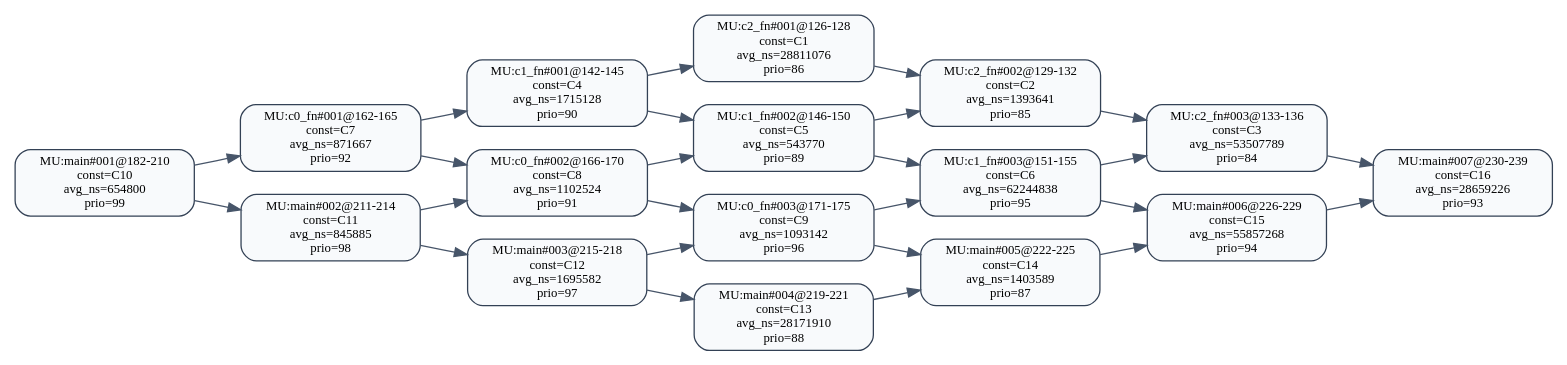
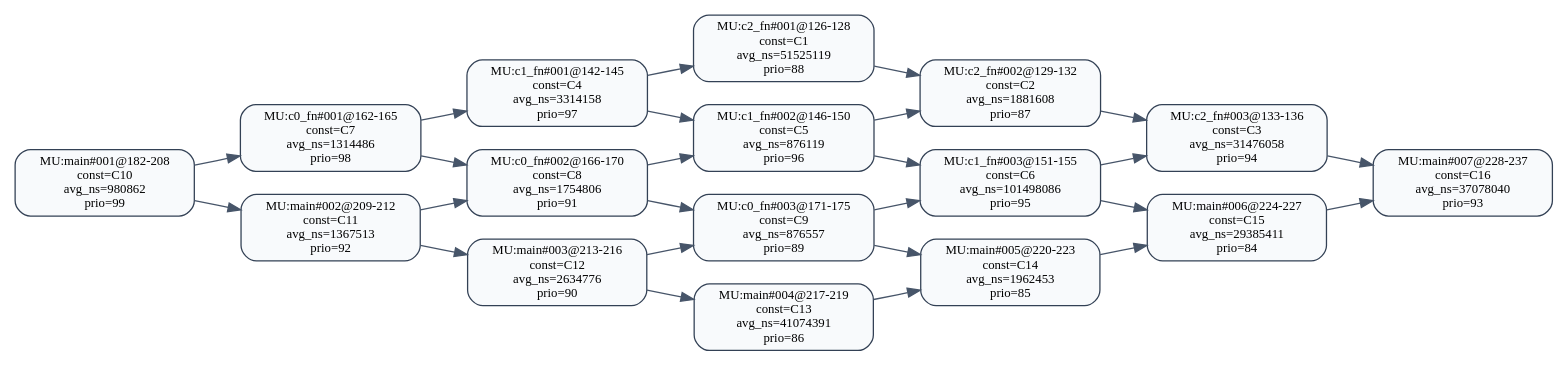
The diagram in 中间结果/zhang1/pipeline/validation/level2/effective_line_merge/zhao2020/dag_seg_annotated.dot (RTS-SYSU/DAG-Gen), drawn with Graphviz before and after one commit. The commit also changed 4464 other files, not shown here.

```diff
--- a/中间结果/zhang1/pipeline/validation/level2/effective_line_merge/zhao2020/dag_seg_annotated.dot
+++ b/中间结果/zhang1/pipeline/validation/level2/effective_line_merge/zhao2020/dag_seg_annotated.dot
@@ -1,45 +1,45 @@
 digraph dag_seg_annotated {
   rankdir=LR;
   node [shape=box, style="rounded,filled", fillcolor="#F8FAFC", color="#334155", fontsize=10];
   edge [color="#475569"];
-  "MU:c0_fn#001@162-165" [label="MU:c0_fn#001@162-165\nconst=C7\navg_ns=871667\nprio=92"];
-  "MU:c0_fn#002@166-170" [label="MU:c0_fn#002@166-170\nconst=C8\navg_ns=1102524\nprio=91"];
-  "MU:c0_fn#003@171-175" [label="MU:c0_fn#003@171-175\nconst=C9\navg_ns=1093142\nprio=96"];
-  "MU:c1_fn#001@142-145" [label="MU:c1_fn#001@142-145\nconst=C4\navg_ns=1715128\nprio=90"];
-  "MU:c1_fn#002@146-150" [label="MU:c1_fn#002@146-150\nconst=C5\navg_ns=543770\nprio=89"];
-  "MU:c1_fn#003@151-155" [label="MU:c1_fn#003@151-155\nconst=C6\navg_ns=62244838\nprio=95"];
-  "MU:c2_fn#001@126-128" [label="MU:c2_fn#001@126-128\nconst=C1\navg_ns=28811076\nprio=86"];
-  "MU:c2_fn#002@129-132" [label="MU:c2_fn#002@129-132\nconst=C2\navg_ns=1393641\nprio=85"];
-  "MU:c2_fn#003@133-136" [label="MU:c2_fn#003@133-136\nconst=C3\navg_ns=53507789\nprio=84"];
-  "MU:main#001@182-210" [label="MU:main#001@182-210\nconst=C10\navg_ns=654800\nprio=99"];
-  "MU:main#002@211-214" [label="MU:main#002@211-214\nconst=C11\navg_ns=845885\nprio=98"];
-  "MU:main#003@215-218" [label="MU:main#003@215-218\nconst=C12\navg_ns=1695582\nprio=97"];
-  "MU:main#004@219-221" [label="MU:main#004@219-221\nconst=C13\navg_ns=28171910\nprio=88"];
-  "MU:main#005@222-225" [label="MU:main#005@222-225\nconst=C14\navg_ns=1403589\nprio=87"];
-  "MU:main#006@226-229" [label="MU:main#006@226-229\nconst=C15\navg_ns=55857268\nprio=94"];
-  "MU:main#007@230-239" [label="MU:main#007@230-239\nconst=C16\navg_ns=28659226\nprio=93"];
+  "MU:c0_fn#001@162-165" [label="MU:c0_fn#001@162-165\nconst=C7\navg_ns=1314486\nprio=98"];
+  "MU:c0_fn#002@166-170" [label="MU:c0_fn#002@166-170\nconst=C8\navg_ns=1754806\nprio=91"];
+  "MU:c0_fn#003@171-175" [label="MU:c0_fn#003@171-175\nconst=C9\navg_ns=876557\nprio=89"];
+  "MU:c1_fn#001@142-145" [label="MU:c1_fn#001@142-145\nconst=C4\navg_ns=3314158\nprio=97"];
+  "MU:c1_fn#002@146-150" [label="MU:c1_fn#002@146-150\nconst=C5\navg_ns=876119\nprio=96"];
+  "MU:c1_fn#003@151-155" [label="MU:c1_fn#003@151-155\nconst=C6\navg_ns=101498086\nprio=95"];
+  "MU:c2_fn#001@126-128" [label="MU:c2_fn#001@126-128\nconst=C1\navg_ns=51525119\nprio=88"];
+  "MU:c2_fn#002@129-132" [label="MU:c2_fn#002@129-132\nconst=C2\navg_ns=1881608\nprio=87"];
+  "MU:c2_fn#003@133-136" [label="MU:c2_fn#003@133-136\nconst=C3\navg_ns=31476058\nprio=94"];
+  "MU:main#001@182-208" [label="MU:main#001@182-208\nconst=C10\navg_ns=980862\nprio=99"];
+  "MU:main#002@209-212" [label="MU:main#002@209-212\nconst=C11\navg_ns=1367513\nprio=92"];
+  "MU:main#003@213-216" [label="MU:main#003@213-216\nconst=C12\navg_ns=2634776\nprio=90"];
+  "MU:main#004@217-219" [label="MU:main#004@217-219\nconst=C13\navg_ns=41074391\nprio=86"];
+  "MU:main#005@220-223" [label="MU:main#005@220-223\nconst=C14\navg_ns=1962453\nprio=85"];
+  "MU:main#006@224-227" [label="MU:main#006@224-227\nconst=C15\navg_ns=29385411\nprio=84"];
+  "MU:main#007@228-237" [label="MU:main#007@228-237\nconst=C16\navg_ns=37078040\nprio=93"];
   "MU:c2_fn#001@126-128" -> "MU:c2_fn#002@129-132";
   "MU:c2_fn#002@129-132" -> "MU:c2_fn#003@133-136";
   "MU:c1_fn#001@142-145" -> "MU:c1_fn#002@146-150";
   "MU:c1_fn#002@146-150" -> "MU:c1_fn#003@151-155";
   "MU:c0_fn#001@162-165" -> "MU:c0_fn#002@166-170";
   "MU:c0_fn#002@166-170" -> "MU:c0_fn#003@171-175";
-  "MU:main#001@182-210" -> "MU:main#002@211-214";
-  "MU:main#002@211-214" -> "MU:main#003@215-218";
-  "MU:main#003@215-218" -> "MU:main#004@219-221";
-  "MU:main#004@219-221" -> "MU:main#005@222-225";
-  "MU:main#005@222-225" -> "MU:main#006@226-229";
-  "MU:main#006@226-229" -> "MU:main#007@230-239";
+  "MU:main#001@182-208" -> "MU:main#002@209-212";
+  "MU:main#002@209-212" -> "MU:main#003@213-216";
+  "MU:main#003@213-216" -> "MU:main#004@217-219";
+  "MU:main#004@217-219" -> "MU:main#005@220-223";
+  "MU:main#005@220-223" -> "MU:main#006@224-227";
+  "MU:main#006@224-227" -> "MU:main#007@228-237";
   "MU:c0_fn#001@162-165" -> "MU:c1_fn#001@142-145";
   "MU:c1_fn#001@142-145" -> "MU:c2_fn#001@126-128";
-  "MU:main#001@182-210" -> "MU:c0_fn#001@162-165";
-  "MU:c0_fn#003@171-175" -> "MU:main#005@222-225";
-  "MU:c1_fn#003@151-155" -> "MU:main#006@226-229";
-  "MU:c2_fn#003@133-136" -> "MU:main#007@230-239";
+  "MU:main#001@182-208" -> "MU:c0_fn#001@162-165";
+  "MU:c0_fn#003@171-175" -> "MU:main#005@220-223";
+  "MU:c1_fn#003@151-155" -> "MU:main#006@224-227";
+  "MU:c2_fn#003@133-136" -> "MU:main#007@228-237";
   "MU:c1_fn#002@146-150" -> "MU:c2_fn#002@129-132";
   "MU:c1_fn#003@151-155" -> "MU:c2_fn#003@133-136";
   "MU:c0_fn#002@166-170" -> "MU:c1_fn#002@146-150";
   "MU:c0_fn#003@171-175" -> "MU:c1_fn#003@151-155";
-  "MU:main#002@211-214" -> "MU:c0_fn#002@166-170";
-  "MU:main#003@215-218" -> "MU:c0_fn#003@171-175";
+  "MU:main#002@209-212" -> "MU:c0_fn#002@166-170";
+  "MU:main#003@213-216" -> "MU:c0_fn#003@171-175";
 }
```
